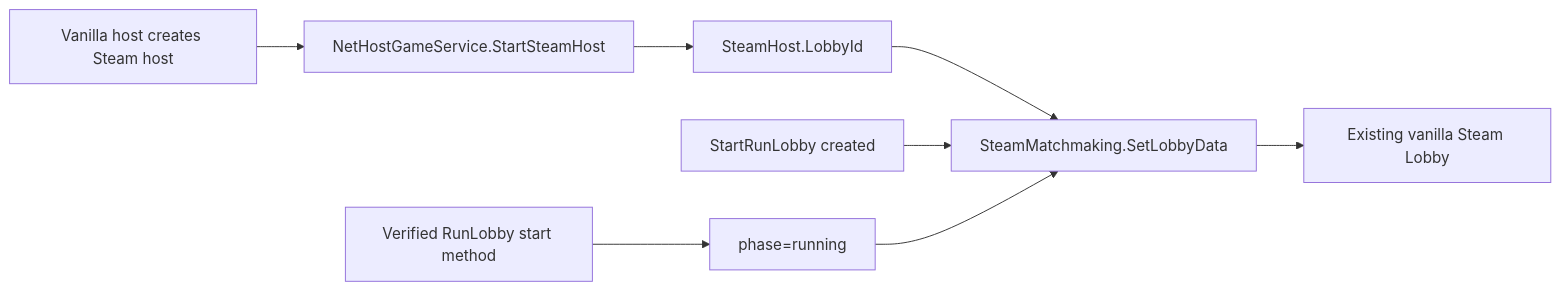
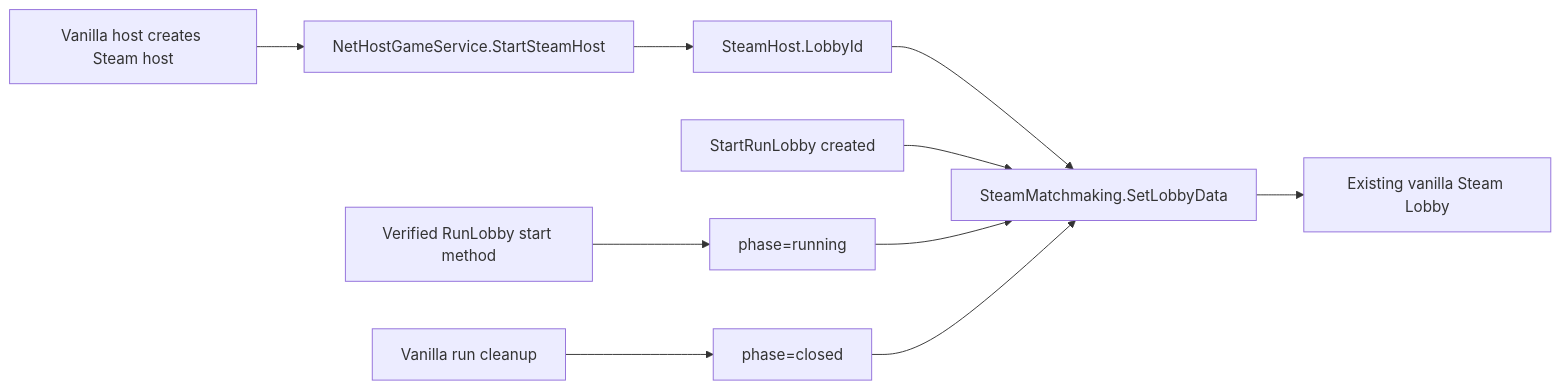
Before and after one commit to j1udu/SpireWatch: the diagram in architecture.md, drawn with Mermaid. The commit also changed other lines of this file and 18 other files, not shown here.

````diff
--- a/architecture.md
+++ b/architecture.md
@@ -23,10 +24,12 @@
 ```mermaid
 flowchart LR
   A[Vanilla host creates Steam host] --> B[NetHostGameService.StartSteamHost]
   B --> C[SteamHost.LobbyId]
   C --> D[SteamMatchmaking.SetLobbyData]
   D --> E[Existing vanilla Steam Lobby]
   F[StartRunLobby created] --> D
   G[Verified RunLobby start method] --> H[phase=running]
   H --> D
+  I[Vanilla run cleanup] --> J[phase=closed]
+  J --> D
 ```
````
